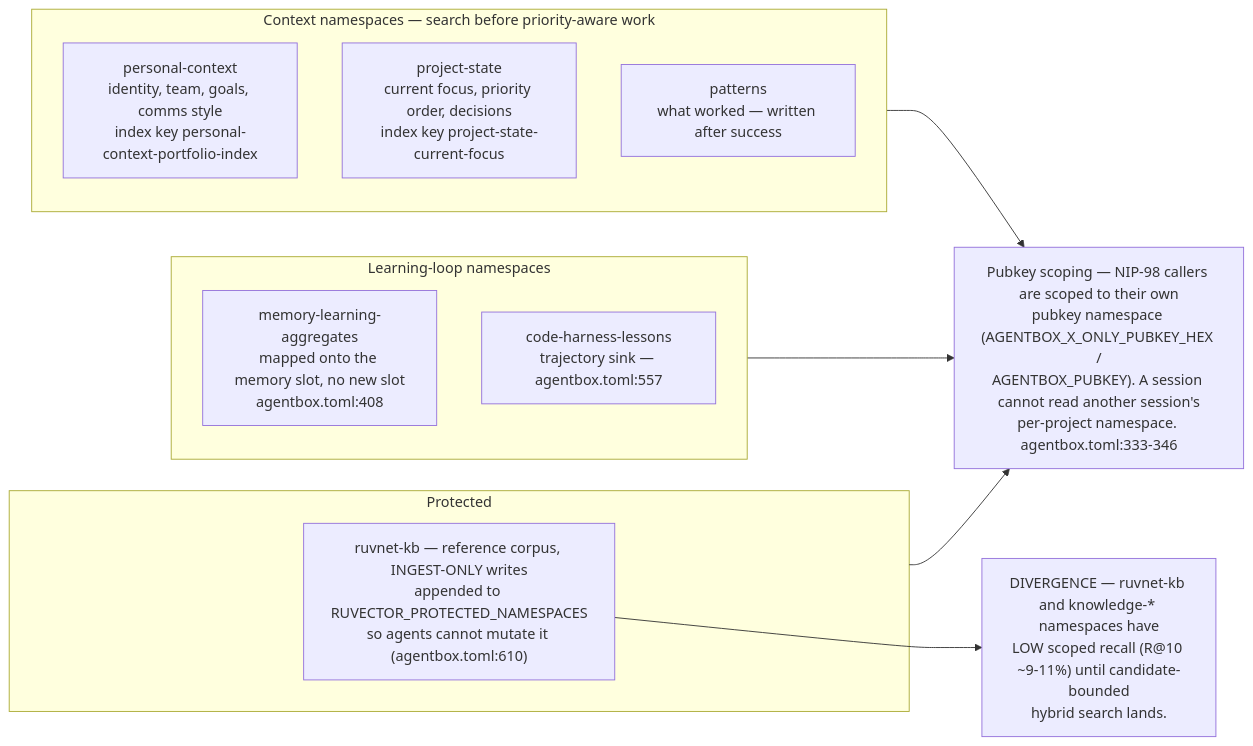
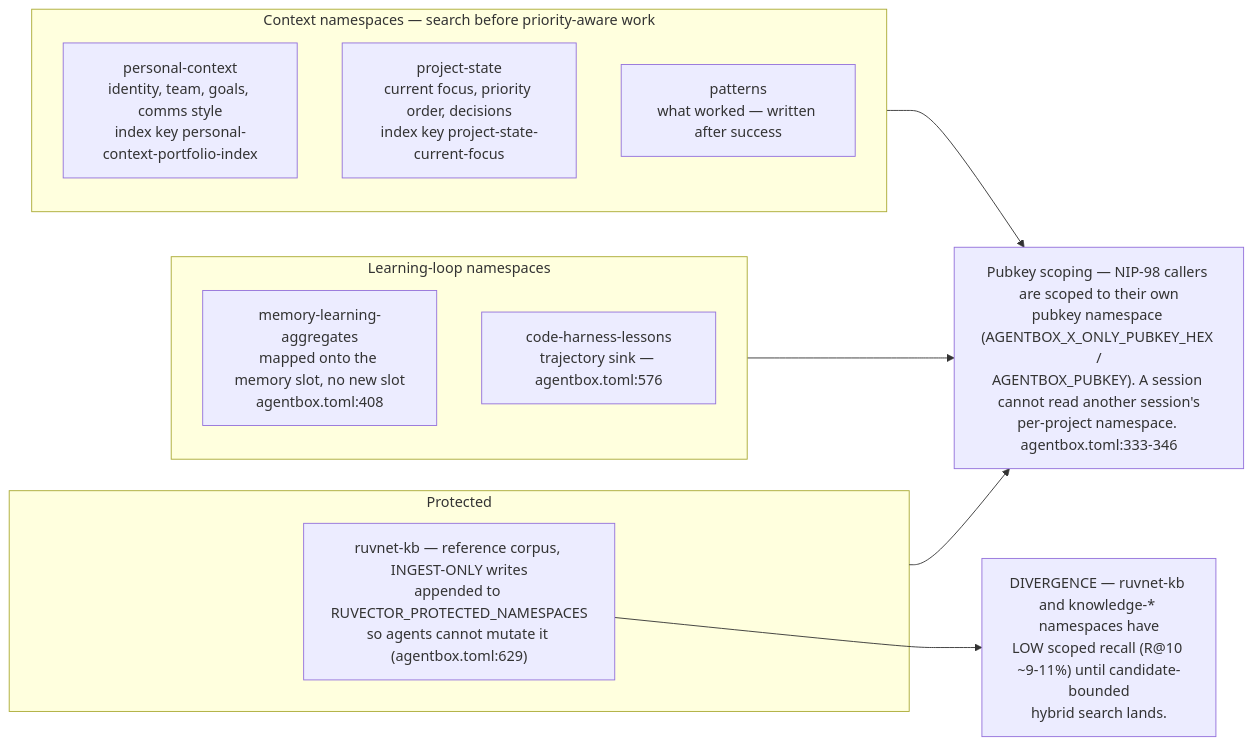
Before and after one commit to DreamLab-AI/AR-AI-Knowledge-Graph: the fifth of 9 diagrams in docs/diagrams/estate/07-memory-and-embedding-estate.md, drawn with Mermaid. The commit also changed other lines of this file and 73 other files, not shown here.

First line of the commit message:
docs(diagrams): re-verify all 71 topic files against HEAD; add --cite-check

````diff
--- a/docs/diagrams/estate/07-memory-and-embedding-estate.md
+++ b/docs/diagrams/estate/07-memory-and-embedding-estate.md
@@ -159,22 +159,22 @@
 ```mermaid
 flowchart LR
     subgraph ctx["Context namespaces — search before priority-aware work"]
         N1["personal-context<br/>identity, team, goals, comms style<br/>index key personal-context-portfolio-index"]
         N2["project-state<br/>current focus, priority order, decisions<br/>index key project-state-current-focus"]
         N3["patterns<br/>what worked — written after success"]
     end
     subgraph learn["Learning-loop namespaces"]
         N4["memory-learning-aggregates<br/>mapped onto the memory slot, no new slot<br/>agentbox.toml:408"]
-        N5["code-harness-lessons<br/>trajectory sink — agentbox.toml:557"]
+        N5["code-harness-lessons<br/>trajectory sink — agentbox.toml:576"]
     end
     subgraph prot["Protected"]
-        N6["ruvnet-kb — reference corpus, INGEST-ONLY writes<br/>appended to RUVECTOR_PROTECTED_NAMESPACES<br/>so agents cannot mutate it (agentbox.toml:610)"]
+        N6["ruvnet-kb — reference corpus, INGEST-ONLY writes<br/>appended to RUVECTOR_PROTECTED_NAMESPACES<br/>so agents cannot mutate it (agentbox.toml:629)"]
     end
     SCOPE["Pubkey scoping — NIP-98 callers are scoped to their own<br/>pubkey namespace (AGENTBOX_X_ONLY_PUBKEY_HEX /<br/>AGENTBOX_PUBKEY). A session cannot read another session's<br/>per-project namespace. agentbox.toml:333-346"]
     LOW["DIVERGENCE — ruvnet-kb and knowledge-* namespaces have<br/>LOW scoped recall (R@10 ~9-11%) until candidate-bounded<br/>hybrid search lands."]
 
     ctx --> SCOPE
     learn --> SCOPE
     prot --> SCOPE
     N6 --> LOW
 ```
````
